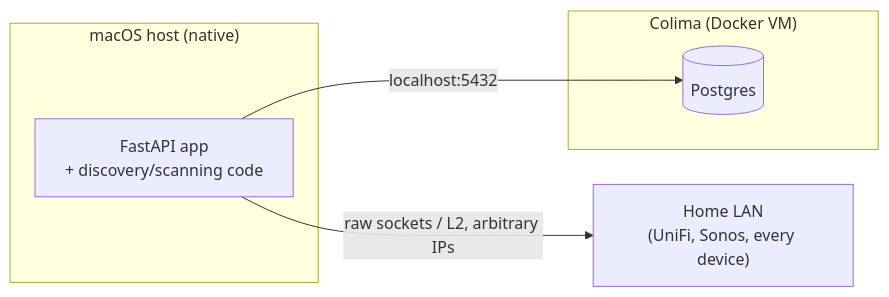
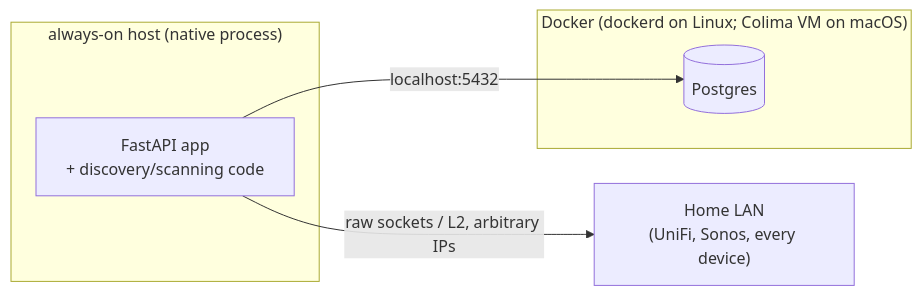
The first of 3 diagrams in wiki-drafts/Architecture-Deep-Dive.md (rohitafish/home-asset-manager), drawn with Mermaid before and after one commit. The commit also changed other lines of this file and 6 other files, not shown here.

Commit message:
Wiki: the deployed host is a Linux laptop under systemd; the Mac path stays documented

````diff
--- a/wiki-drafts/Architecture-Deep-Dive.md
+++ b/wiki-drafts/Architecture-Deep-Dive.md
@@ -11,12 +11,12 @@
 ```mermaid
 flowchart LR
-    subgraph Mac["macOS host (native)"]
+    subgraph Host["always-on host (native process)"]
         App["FastAPI app\n+ discovery/scanning code"]
     end
-    subgraph Docker["Colima (Docker VM)"]
+    subgraph Docker["Docker (dockerd on Linux; Colima VM on macOS)"]
         PG[("Postgres")]
     end
     LAN["Home LAN\n(UniFi, Sonos, every device)"]
     App -- "raw sockets / L2, arbitrary IPs" --> LAN
     App -- "localhost:5432" --> PG
 ```
````
